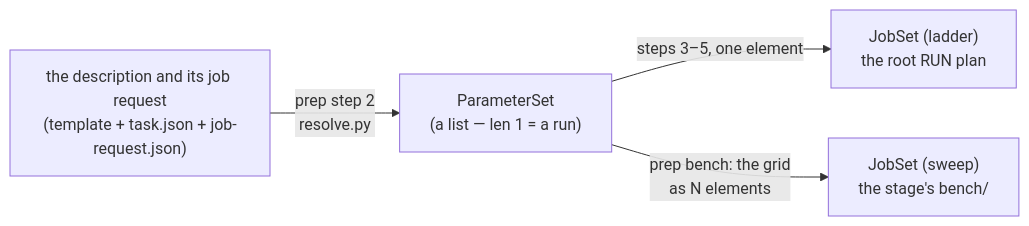
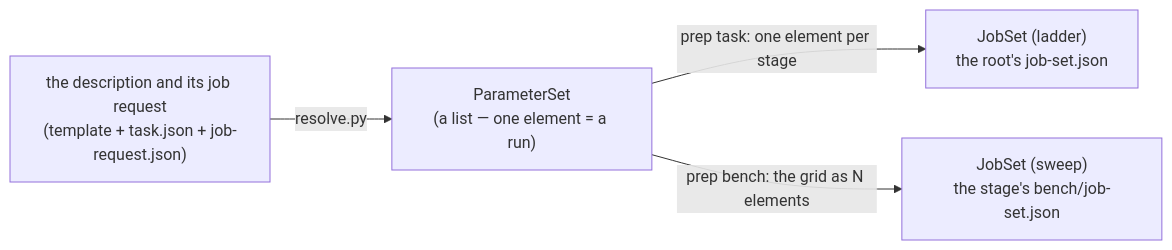
The fourth of 13 diagrams in docs/execution/job-system.md (Qing-LAB/molbuilder), drawn with Mermaid before and after one commit. The commit also changed other lines of this file and 30 other files, not shown here.

````diff
--- a/docs/execution/job-system.md
+++ b/docs/execution/job-system.md
@@ -1499,6 +905,6 @@
 ```mermaid
 flowchart LR
-    D["the description and its job request<br/>(template + task.json + job-request.json)"] -->|"prep step 2<br/>resolve.py"| PS["ParameterSet<br/>(a list — len 1 = a run)"]
-    PS -->|"steps 3–5, one element"| L["JobSet (ladder)<br/>the root RUN plan"]
-    PS -->|"prep bench: the grid<br/>as N elements"| S["JobSet (sweep)<br/>the stage's bench/"]
+    D["the description and its job request<br/>(template + task.json + job-request.json)"] -->|"resolve.py"| PS["ParameterSet<br/>(a list — one element = a run)"]
+    PS -->|"prep task: one element per stage"| L["JobSet (ladder)<br/>the root's job-set.json"]
+    PS -->|"prep bench: the grid as N elements"| S["JobSet (sweep)<br/>the stage's bench/job-set.json"]
 ```
````
